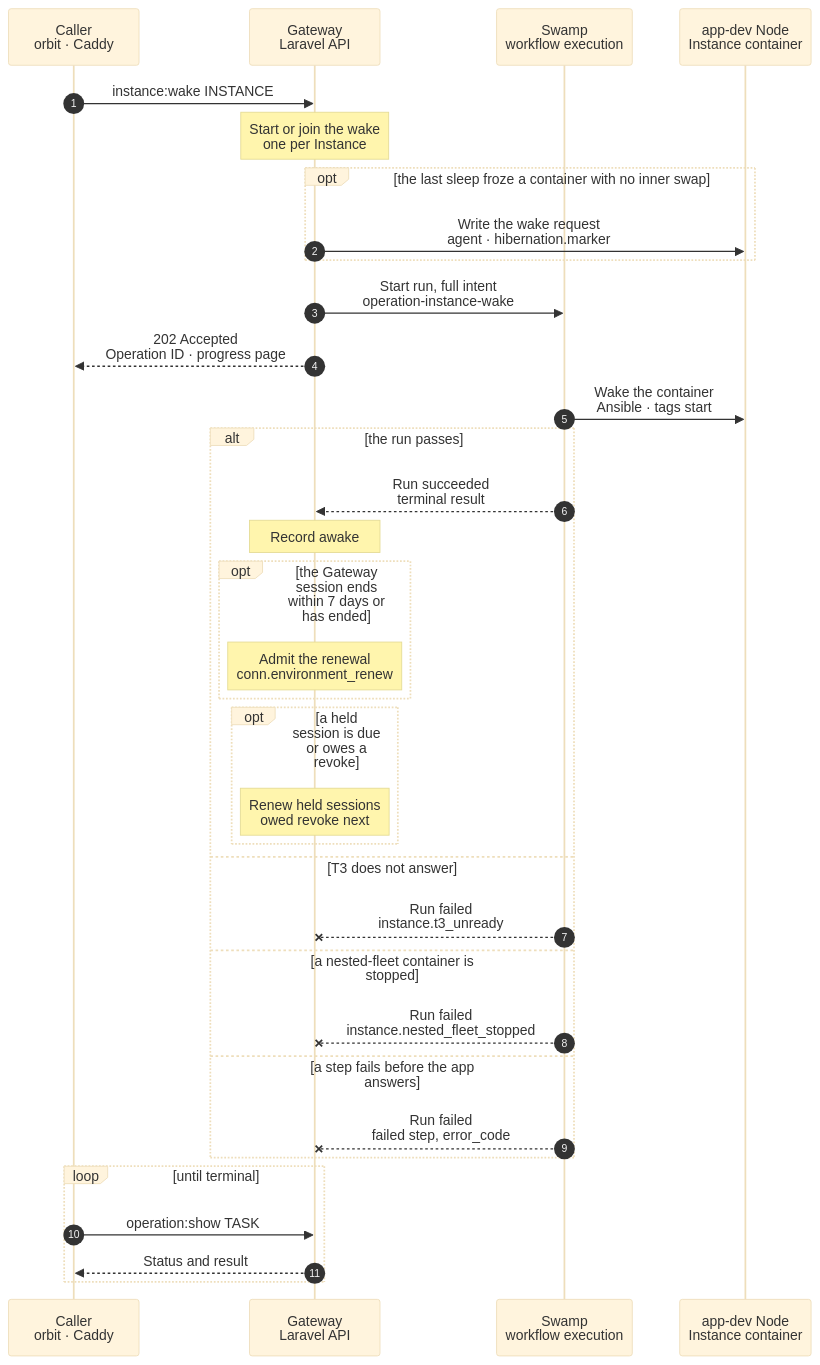
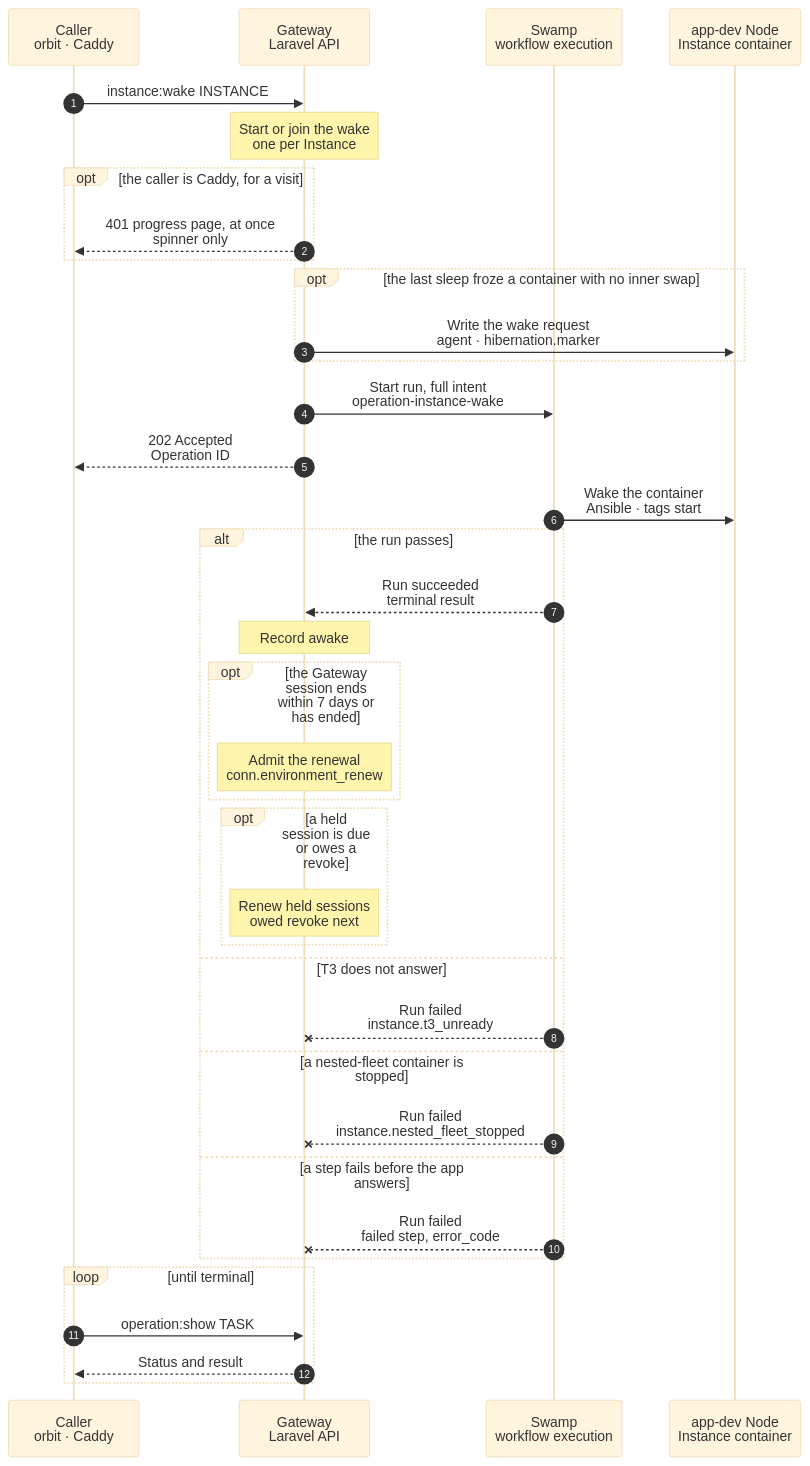
One commit to hardimpactdev/orbit changed the diagram in docs/cli/instance/wake.mmd. Above: the diagram before and after it, drawn with Mermaid (base theme). The commit also changed 7 other files, not shown here.

First line of the commit message:
fix(instances): a visit to a sleeping container gets the spinner at once again (#3833)

```diff
--- a/docs/cli/instance/wake.mmd
+++ b/docs/cli/instance/wake.mmd
@@ -1,133 +1,140 @@
 sequenceDiagram
   %% Container runtime (ADR 0250 step 8, docs/reference/development-containers.md#sleep-and-wake): resume a sleeping development container, or start one that was stopped. Defaults and nested-fleet Instances wake under the same rule as clones (owner decision 2026-11-14); a stopped nested-fleet Instance is never booted here. A request to its Route admits the same kind through the runtime activation endpoint of docs/reference/app-dev-runtime-hibernation.md#wake.
   %% status: draft
   %% command: instance:wake
   %% kind: instance.wake
   autonumber
   %% lane CL icon=terminal pill=caller tone=gray
   %% lane GW icon=gateway pill=intent tone=blue
   %% lane SW icon=workflow pill=executes tone=green
   %% lane N icon=server pill=target tone=amber
   participant CL as Caller<br/>orbit · Caddy
   participant GW as Gateway<br/>Laravel API
   participant SW as Swamp<br/>workflow execution
   participant N as app-dev Node<br/>Instance container
   CL->>GW: instance:wake INSTANCE
   %%> Command:
   %%> - `orbit instance:wake INSTANCE`
   %%> - syntax: `<instance-id> [--json]`
   %%> Callers:
   %%> - the command
   %%> - Caddy on the Instance's Node, when a request finds the asleep marker: `GET runtime-activations/app-instance/ID`
   %%> - planned: a Conn device that opens the T3 server, and the task flow before a turn on an attached Instance
   %%> - not needed by a copy: a clone or task copy of an asleep default copies its seed snapshot
   %%> - a deployment of a sleeping Instance resumes or starts it in its own run, and removes the marker there
   %%> Requirements:
   %%> - the caller is the Instance's Node or has node access to it
   Note over GW: Start or join the wake<br/>one per Instance
   %%> When:
   %%> - an active development container, a default and a nested-fleet Instance included
   %%> - a nested-fleet Instance takes the wake only when its last sleep froze it and no wake since found it stopped; otherwise a nested-fleet clone takes its start (instance/start.mmd) and a nested-fleet default refuses: only its deployment starts it
   %%> Result:
   %%> - an open wake of the Instance is joined: a second caller gets the same Operation, Caddy the same progress page
   %%> - after a failed wake, Caddy gets the failure page with Try again until a retry or the command starts a new wake
   %%> On failure:
   %%> - no container, a non-development Instance, a nested-fleet default whose last sleep did not freeze it, or other lifecycle work starts no run
+  opt the caller is Caddy, for a visit
+    GW-->>CL: 401 progress page, at once<br/>spinner only
+    %%> Result:
+    %%> - the visitor never waits for the wake: the Gateway admits or joins it and answers before any Node call or run start
+  end
   opt the last sleep froze a container with no inner swap
     %% path: resume
     GW->>N: Write the wake request<br/>agent · hibernation.marker
     %%> What it does:
     %%> - the Operation is recorded without its run; the Node calls run after its commit
+    %%> - a command caller waits for these calls; Caddy's activation call does not: the Gateway answers the progress page first and makes the calls after the answer went
     %%> - the frozen agent's `hibernation.marker` writes `/dev/shm/orbit/hibernation/app-instance-<id>.wake`; only root writes in that folder
     %%> - the app-dev role's script, started by a systemd path unit, acts only on `instance-<id>` of `orbit-instances` found Frozen with its asleep marker and a request under 1 s old: `incus resume`, `memory.swap.max` 0 on the container's cgroup, one request to FrankenPHP for an answer below 500 (1.5 s at most), then it removes the marker, writes `app-instance-<id>.resumed`, and rebuilds a stale library cache and CA bundle as the run does
     %%> - the Gateway reads the request folder and the marker with `hibernation.times` until the resume shows, within 3 s
     %%> When:
     %%> - not for a nested-fleet Instance, and not when the last sleep opened inner cgroups (its result's `swap_subtree` above 0): the script closes only the container's own cgroup, and a change to it needs an `app-dev` converge; these wakes take the run
     %%> Why:
     %%> - measured on a frozen clone: the resume takes 0.02 s and the web probe 0.4 s, but the run's start-up and playbook took 8-13 s of the 9-19 s a visitor waited
     %%> - the agent stays frozen (ADR 0253): two of its existing commands carry the request and the answer
     %%> Result:
     %%> - resumed: the Operation succeeds here with `wake: resumed`, `trigger_seconds` and `confirm_seconds`; `power_state` is `running`; Conn's renewal below runs as after a run
-    %%> - Caddy gets 307 to the same path: the browser sends the request again, with its method and body, and gets the app
+    %%> - Caddy already has the progress page: its poll, every 250 ms, finds the marker gone and loads the app
     %%> - an API caller gets 202 with the ended Operation
-    %%> - a caller who joins this wake waits for it up to the bound, then gets the same answer
+    %%> - a command caller who joins this wake waits for it up to the bound, then gets the same answer; a visit that joins it gets the progress page at once
     %%> On failure:
     %%> - the Node has no script (its first read also asks for it; the Node then skips this path for 10 minutes), the script declined (another state, FrankenPHP silent), an agent call or the Gateway failed, or the bound passed: the Gateway removes the request, and the same Operation starts the run below
     %%> - a Gateway worker that dies here: a delayed start runs the same Operation's run 15 s later
+    %%> - a cancel between Caddy's answer and the Node calls: the Gateway makes no Node call
     %%> - a cancel during the resume keeps the Operation cancelled
   end
   GW->>SW: Start run, full intent<br/>operation-instance-wake
-  GW-->>CL: 202 Accepted<br/>Operation ID · progress page
+  GW-->>CL: 202 Accepted<br/>Operation ID
   SW->>N: Wake the container<br/>Ansible · tags start
   %%> What it does:
   %%> - Frozen: `incus resume`, `memory.swap.max` back to 0 on the container's cgroup and on each cgroup of the swap record that still exists (a short-lived unit's cgroup may be gone; that never fails the wake), FrankenPHP gets 10 tries 1 s apart; nothing boots and nothing converges, `wake: resumed`
   %%> - a nested-fleet Instance resumes with its inner fleet, `wg-nested` and the Club key in /run: a freeze keeps them, so the wake starts and checks no fleet
   %%> - Frozen and FrankenPHP silent: `incus stop --force`, then the boot below, `wake: restarted_after_resume`; a nested-fleet Instance is never stopped: the wake fails `instance.web_unready`
   %%> - Stopped (after a host reboot or a sleep that fell back to a stop): the boot below, `wake: started`; a nested-fleet Instance is never booted here: see the branch below
   %%> - Running (after a reboot with `boot.autostart`): no start and no resume, `wake: already_running`
   %%> - a Frozen container without the marker is resumed; the result says `marker_found: false`
   %%> - before the boot, the presented machine name: a stopped container gets `/etc/hostname`, `/etc/machine-info` and the `127.0.1.1` line of `/etc/hosts` through the file API before the boot, so the boot gives the kernel and T3 the name; a running or frozen container gets nothing, and nothing restarts
   %%> - boot: `incus start`; nftables, T3, FrankenPHP and the enabled Process units start with the container
   %%> - waits until each desired-running unit is active, then until FrankenPHP answers, else `instance.web_unready`
   %%> - a 5xx answer gets up to 5 s to clear; an app that answers 5xx by itself is then served as it is
   %%> - removes the asleep marker, so Caddy sends the next request to the app
   %%> - then rebuilds the container's library cache with `ldconfig -X` when it lacks a soname of the runtime folder (a converge cannot exec in a frozen container); a failed check fails nothing
   %%> - then runs `update-ca-certificates` when the CA bundle lacks the container's Orbit root (the converge writes the root's file, but a frozen container refuses the exec); a container without the file skips it
   %%> - then waits up to 30 s for T3's environment endpoint in an Instance with a T3 server, else `instance.t3_unready`; a default has none and ends with the app
   %%> Why:
   %%> - one playbook: a second Ansible start costs about 4 s on the visitor's path
   %%> - the visitor waits for the app, not for T3; T3 gates only the Operation's end
   %%> - unit enablement holds each Process's desired state, so a stopped Process stays stopped
   %%> When:
   %%> - the wake's state handling runs only in a start whose intent names `marker`; a deployment's start and a nested-fleet clone's start name `asleep_marker` instead, which only removes the marker once the `start` part passed, with no web probe
   alt the run passes
     %% path: main
     SW-->>GW: Run succeeded<br/>terminal result
     Note over GW: Record awake
     %%> Result:
     %%> - the runtime's `power_state` is `running`; the Conn layer shows the T3 server awake
     %%> - the result names the path, `marker_found`, and a resume's `resume_seconds` and `web_probe_seconds`
     %%> - the progress page loads the original path
     opt the Gateway session ends within 7 days or has ended
       Note over GW: Admit the renewal<br/>conn.environment_renew
       %%> When:
       %%> - after the wake's transaction; it never fails the wake
       %%> What it does:
       %%> - see conn/environment-renew.mmd; the run needs no old session, so a session that ended during the sleep renews too
     end
     opt a held session is due or owes a revoke
       Note over GW: Renew held sessions<br/>owed revoke next
       %%> When:
       %%> - after the wake's transaction, while the Gateway session has not ended; it never fails the wake
       %%> What it does:
       %%> - see conn/session-hold.mmd: one renewal per held session that ends within seven days
       %%> - and the server's next owed held revoke (conn/pairing-revoke.mmd), which waited while the Instance slept
     end
   else T3 does not answer
     %% path: t3-unready
     SW--xGW: Run failed<br/>instance.t3_unready
     %%> Result:
     %%> - the Operation fails; the marker is gone and the Route serves the app
     %%> - the runtime's `power_state` is `running`, because the container runs
     %%> Retry:
     %%> - the same command; a start of a running container changes nothing
   else a nested-fleet container is stopped
     %% path: nested-stopped
     SW--xGW: Run failed<br/>instance.nested_fleet_stopped
     %%> Why:
     %%> - a host reboot or a stop ended the freeze; a boot without the Club key and `wg-nested` gives a fleet that cannot pass Doctor
     %%> Result:
     %%> - nothing boots; the marker stays and `power_state` stays `stopped`
     %%> - the sleep no longer counts as frozen: the next wake of a clone takes its start, which removes the marker; a default starts only by its deployment
   else a step fails before the app answers
     %% path: failed
     SW--xGW: Run failed<br/>failed step, error_code
     %%> Result:
     %%> - the asleep marker stays; the Route shows the failure page with Try again
     %%> Retry:
     %%> - Try again or the same command; a start of a running container changes nothing
   end
   loop until terminal
     CL->>GW: operation:show TASK
     GW-->>CL: Status and result
   end
```
